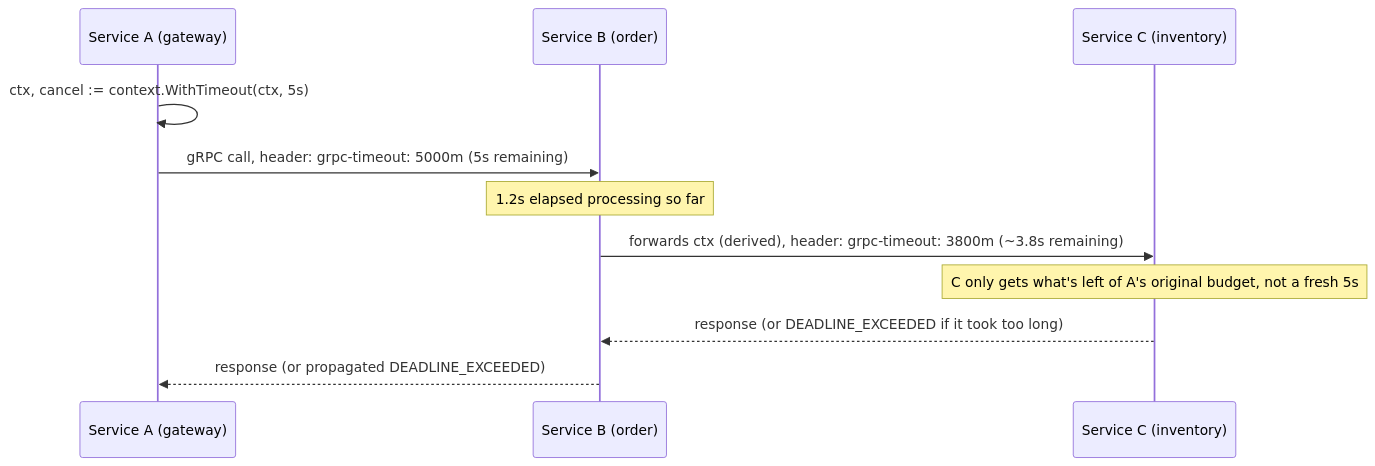
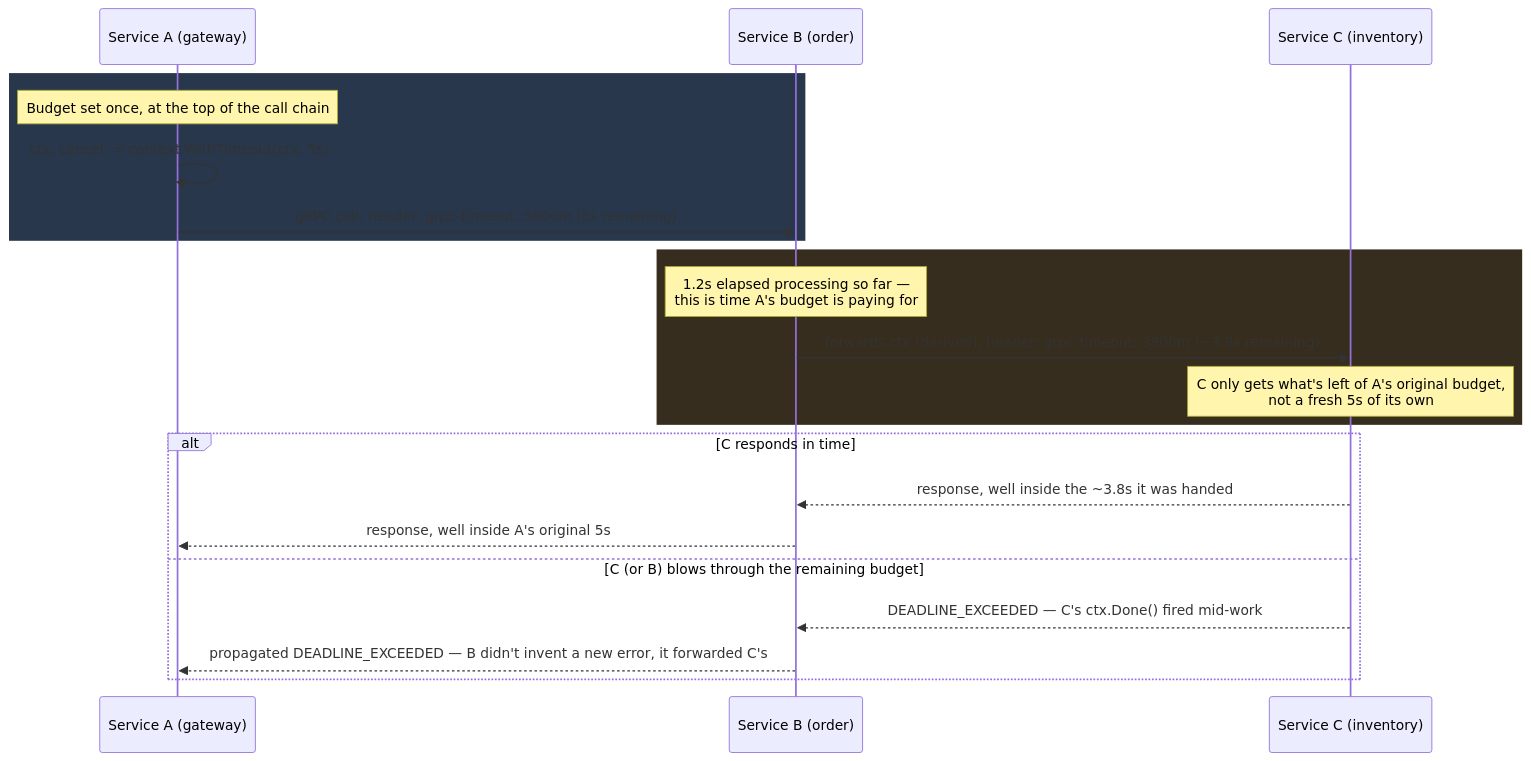
Before and after one commit to deepanshu-rawat6/DevOpsIndex: the fourth of 10 diagrams in networking/grpc-deep-dive.md, drawn with Mermaid. The commit also changed other lines of this file and 8 other files, not shown here.

````diff
--- a/networking/grpc-deep-dive.md
+++ b/networking/grpc-deep-dive.md
@@ -523,14 +596,26 @@
 ```mermaid
 sequenceDiagram
     participant A as Service A (gateway)
     participant B as Service B (order)
     participant C as Service C (inventory)
 
+    rect rgb(40, 55, 75)
+    Note over A: Budget set once, at the top of the call chain
     A->>A: ctx, cancel := context.WithTimeout(ctx, 5s)
     A->>B: gRPC call, header: grpc-timeout: 5000m (5s remaining)
-    Note over B: 1.2s elapsed processing so far
+    end
+
+    rect rgb(55, 45, 30)
+    Note over B: 1.2s elapsed processing so far —<br>this is time A's budget is paying for
     B->>C: forwards ctx (derived), header: grpc-timeout: 3800m (~3.8s remaining)
-    Note over C: C only gets what's left of A's original budget, not a fresh 5s
-    C-->>B: response (or DEADLINE_EXCEEDED if it took too long)
-    B-->>A: response (or propagated DEADLINE_EXCEEDED)
+    Note over C: C only gets what's left of A's original budget,<br>not a fresh 5s of its own
+    end
+
+    alt C responds in time
+        C-->>B: response, well inside the ~3.8s it was handed
+        B-->>A: response, well inside A's original 5s
+    else C (or B) blows through the remaining budget
+        C-->>B: DEADLINE_EXCEEDED — C's ctx.Done() fired mid-work
+        B-->>A: propagated DEADLINE_EXCEEDED — B didn't invent a new error, it forwarded C's
+    end
 ```
````
